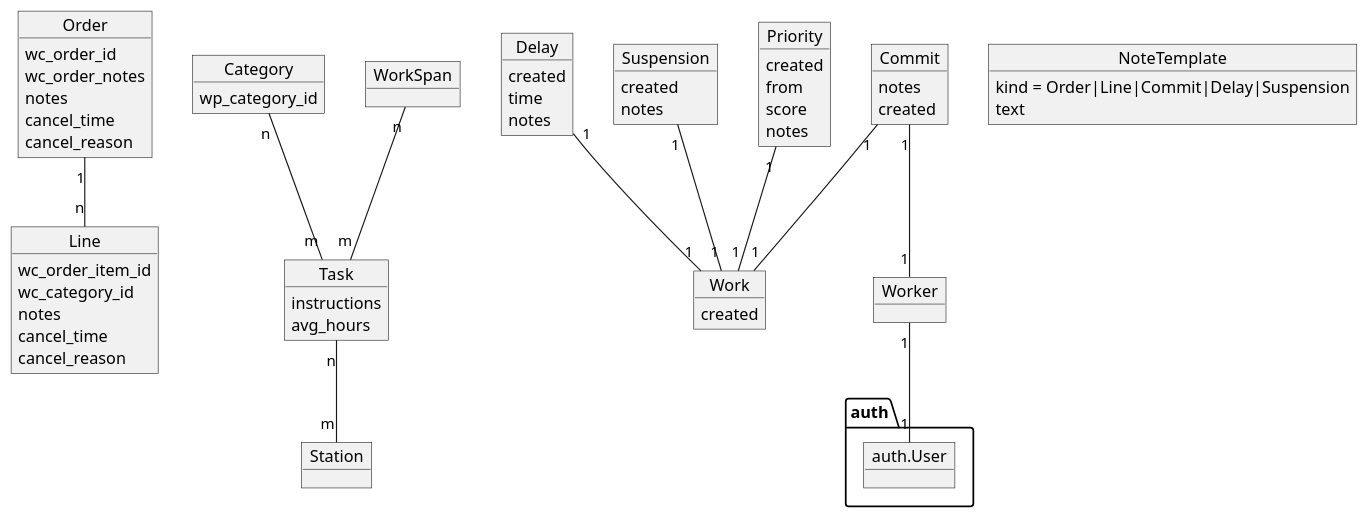
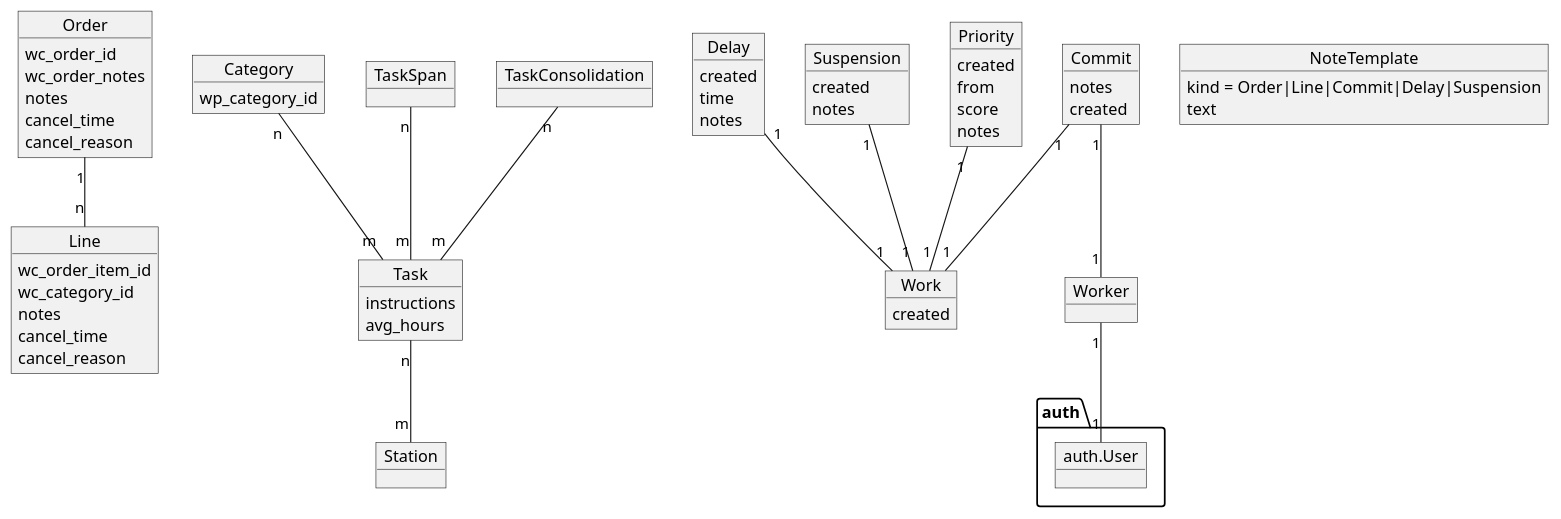
The diagram in docs/application.plantuml (iriswm/iris), drawn with PlantUML before and after one commit.

Commit message:
Document task consolidations

```diff
--- a/docs/application.plantuml
+++ b/docs/application.plantuml
@@ -32,10 +32,12 @@
 category identifier with a set of items in the model `Task`. Each task has
 also individual `instructions`.
 
-When a new item is created in the model `Line`, the category is checked and
-the appropriate set of actual tasks are created as entries in a model called
+When a new item is created in the model `Line`, the category is checked and the
+appropriate set of actual tasks are created as entries in a model called
 `Work`. Each of this works, when completed, will span extra works according to
-another model called `WorkSpan`.
+another model called `TaskSpan`. Also, some tasks will be spawned when a set of
+tasks for the same line are completed (only when they are all completed).  This
+tasks depending on sets of tasks are kept in the model `TaskConsolidation`.
 
 '/
 
@@ -50,14 +52,16 @@
 Task : instructions
 
 object Work
-object WorkSpan
+object TaskSpan
+object TaskConsolidation
 
-WorkSpan "n" -- "m" Task
+TaskSpan "n" -- "m" Task
+TaskConsolidation "n" -- "m" Task
 
 /'
 
-The items in the models `Task`, `Category` and `WorkSpan` represent trees of
-works needed to consider an order fulfilled.
+The items in the models `Task`, `Category`, `TaskSpan` and `TaskConsolidation`
+represent trees of works needed to consider an order fulfilled.
 
 The works can be completed by any worker, identified in the model `Worker` and
 connected to an Django `User`. The works are marked as completed creating a
```
